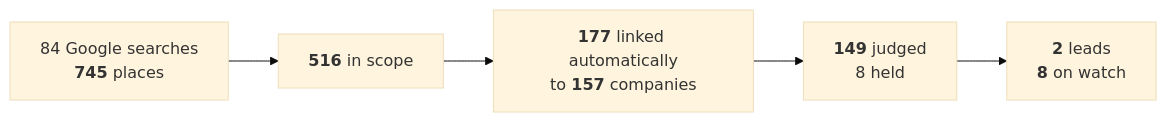
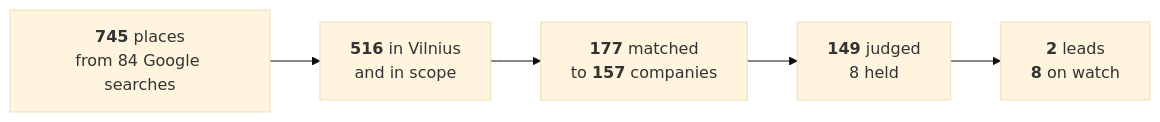
One commit to SparkStartups/traceleads changed the first of 2 diagrams in README.md. Above: the diagram before and after it, drawn with Mermaid (base theme). The commit also changed other lines of this file and 2 other files, not shown here.

````diff
--- a/README.md
+++ b/README.md
@@ -36,7 +26,7 @@
 ```mermaid
 flowchart LR
-    A["84 Google searches<br/><b>745</b> places"] --> B["<b>516</b> in scope"]
-    B --> C["<b>177</b> linked automatically<br/>to <b>157</b> companies"]
+    A["<b>745</b> places<br/>from 84 Google searches"] --> B["<b>516</b> in Vilnius<br/>and in scope"]
+    B --> C["<b>177</b> matched<br/>to <b>157</b> companies"]
     C --> D["<b>149</b> judged<br/>8 held"]
     D --> E["<b>2</b> leads<br/><b>8</b> on watch"]
 ```
````
